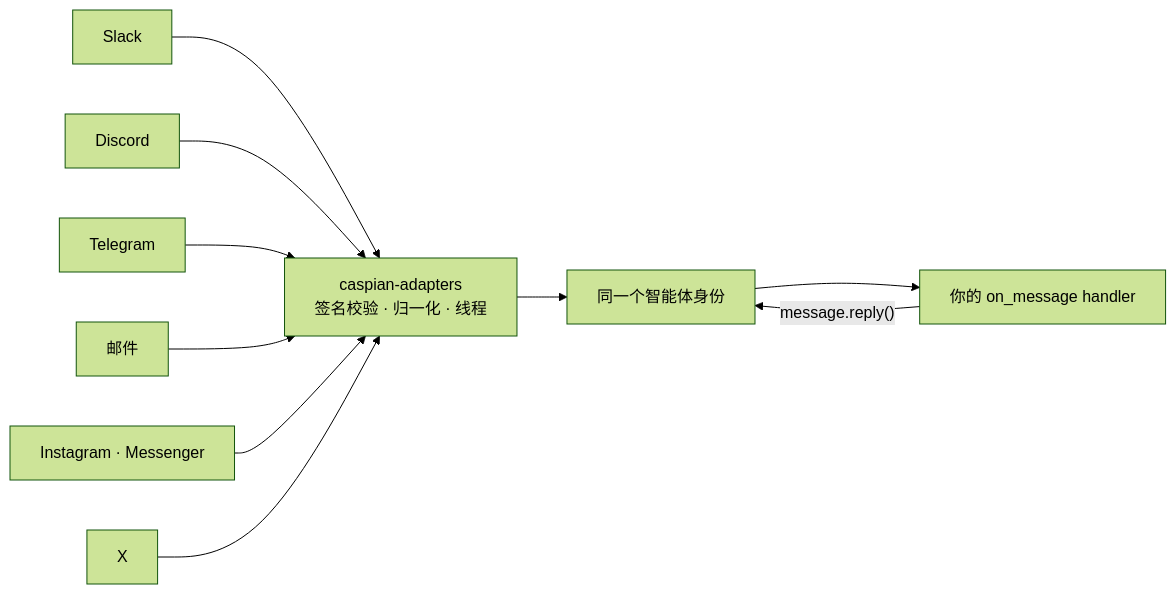
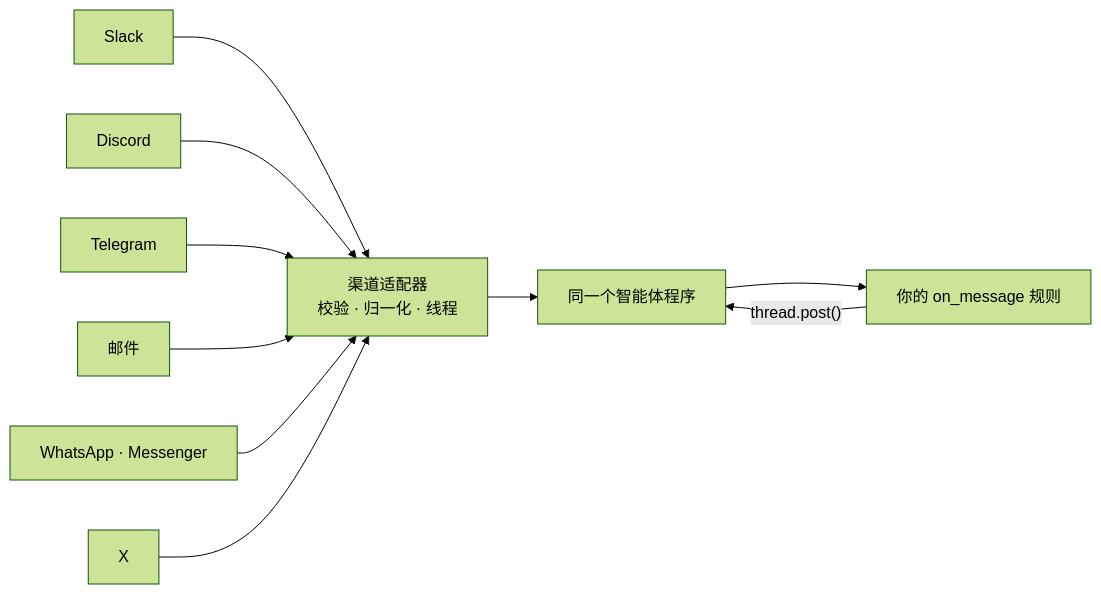
The diagram in README.zh-CN.md (TryCaspian/caspian-sdk), drawn with Mermaid (forest theme) before and after one commit. The commit also changed other lines of this file and 1 other file, not shown here.

````diff
--- a/README.zh-CN.md
+++ b/README.zh-CN.md
@@ -144,12 +195,12 @@
 ```mermaid
 flowchart LR
     S[Slack] --> A
     D[Discord] --> A
     T[Telegram] --> A
     E[邮件] --> A
-    M[Instagram · Messenger] --> A
+    W[WhatsApp · Messenger] --> A
     X[X] --> A
-    A["caspian-adapters<br/>签名校验 · 归一化 · 线程"] --> I["同一个智能体身份"]
-    I --> H["你的 on_message handler"]
-    H -->|"message.reply()"| I
+    A["渠道适配器<br/>校验 · 归一化 · 线程"] --> I["同一个智能体程序"]
+    I --> H["你的 on_message 规则"]
+    H -->|"thread.post()"| I
 ```
````
